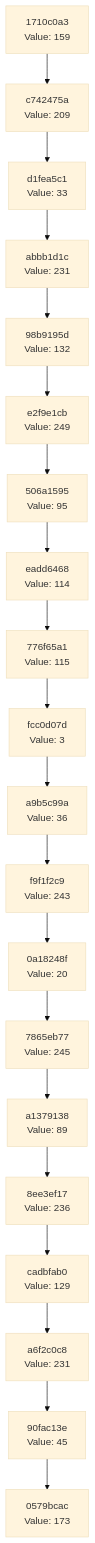
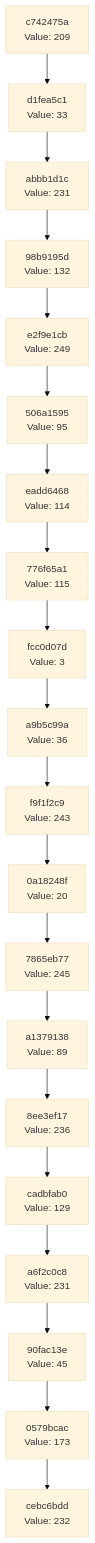
One commit to Abhisheksinha1506/hash-chain-evolver changed the diagram in docs/CHAIN_VISUALIZATION.md. Above: the diagram before and after it, drawn with Mermaid (base theme). The commit also changed 3 other files, not shown here.

````diff
--- a/docs/CHAIN_VISUALIZATION.md
+++ b/docs/CHAIN_VISUALIZATION.md
@@ -3,42 +3,42 @@
 ```mermaid
 graph TD
-    C0["0579bcac<br/>Value: 173"]
-    C1["90fac13e<br/>Value: 45"]
+    C0["cebc6bdd<br/>Value: 232"]
+    C1["0579bcac<br/>Value: 173"]
     C1 --> C0
-    C2["a6f2c0c8<br/>Value: 231"]
+    C2["90fac13e<br/>Value: 45"]
     C2 --> C1
-    C3["cadbfab0<br/>Value: 129"]
+    C3["a6f2c0c8<br/>Value: 231"]
     C3 --> C2
-    C4["8ee3ef17<br/>Value: 236"]
+    C4["cadbfab0<br/>Value: 129"]
     C4 --> C3
-    C5["a1379138<br/>Value: 89"]
+    C5["8ee3ef17<br/>Value: 236"]
     C5 --> C4
-    C6["7865eb77<br/>Value: 245"]
+    C6["a1379138<br/>Value: 89"]
     C6 --> C5
-    C7["0a18248f<br/>Value: 20"]
+    C7["7865eb77<br/>Value: 245"]
     C7 --> C6
-    C8["f9f1f2c9<br/>Value: 243"]
+    C8["0a18248f<br/>Value: 20"]
     C8 --> C7
-    C9["a9b5c99a<br/>Value: 36"]
+    C9["f9f1f2c9<br/>Value: 243"]
     C9 --> C8
-    C10["fcc0d07d<br/>Value: 3"]
+    C10["a9b5c99a<br/>Value: 36"]
     C10 --> C9
-    C11["776f65a1<br/>Value: 115"]
+    C11["fcc0d07d<br/>Value: 3"]
     C11 --> C10
-    C12["eadd6468<br/>Value: 114"]
+    C12["776f65a1<br/>Value: 115"]
     C12 --> C11
-    C13["506a1595<br/>Value: 95"]
+    C13["eadd6468<br/>Value: 114"]
     C13 --> C12
-    C14["e2f9e1cb<br/>Value: 249"]
+    C14["506a1595<br/>Value: 95"]
     C14 --> C13
-    C15["98b9195d<br/>Value: 132"]
+    C15["e2f9e1cb<br/>Value: 249"]
     C15 --> C14
-    C16["abbb1d1c<br/>Value: 231"]
+    C16["98b9195d<br/>Value: 132"]
     C16 --> C15
-    C17["d1fea5c1<br/>Value: 33"]
+    C17["abbb1d1c<br/>Value: 231"]
     C17 --> C16
-    C18["c742475a<br/>Value: 209"]
+    C18["d1fea5c1<br/>Value: 33"]
     C18 --> C17
-    C19["1710c0a3<br/>Value: 159"]
+    C19["c742475a<br/>Value: 209"]
     C19 --> C18
 ```
````
